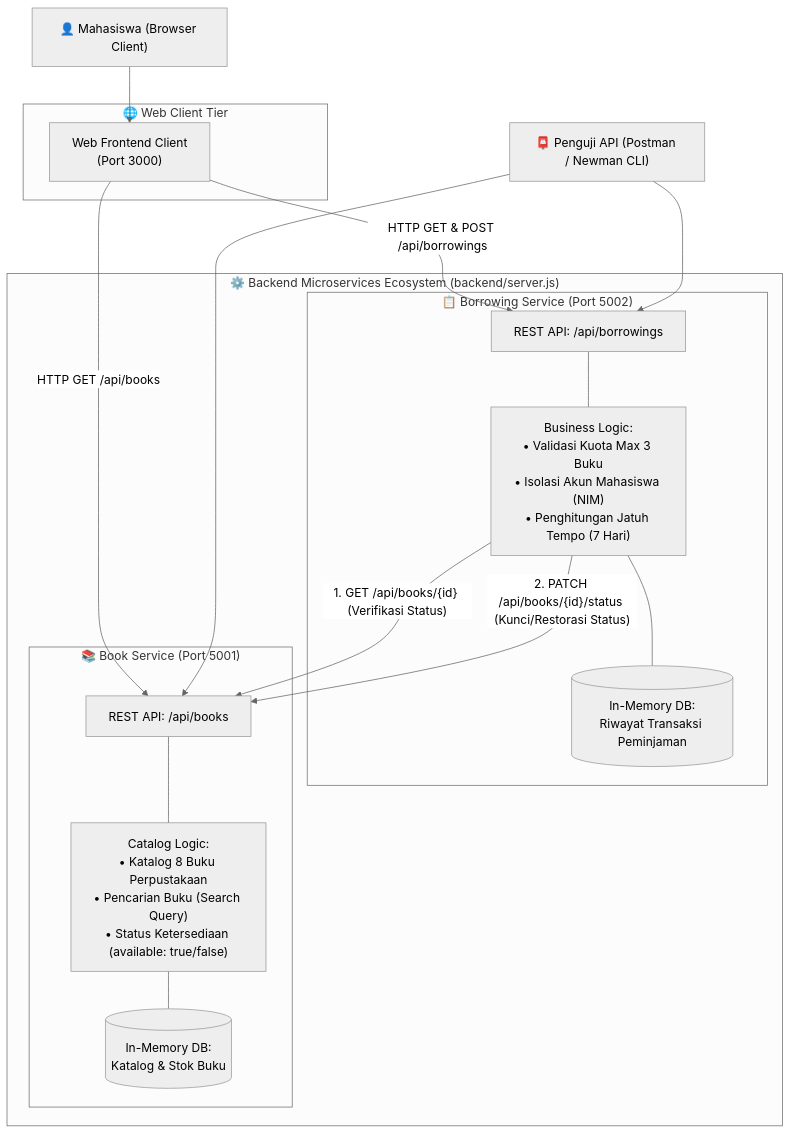
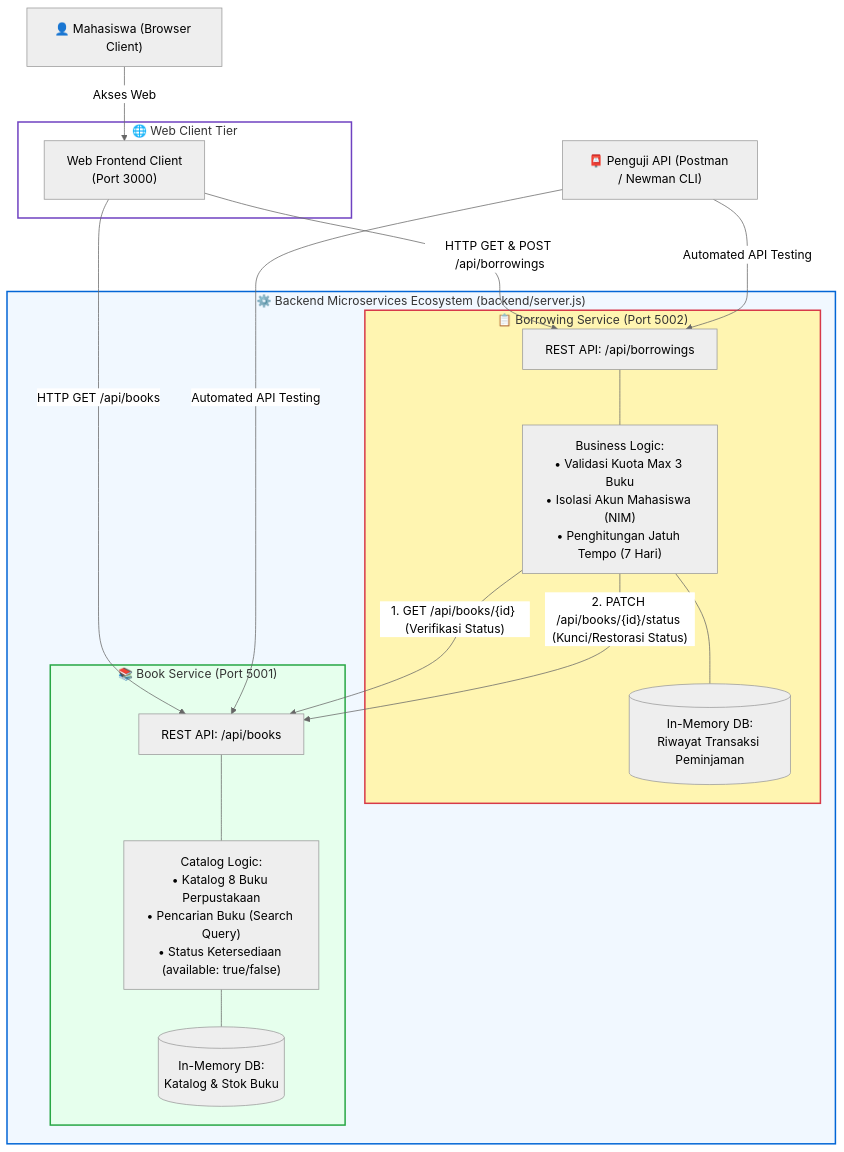
The second of 4 diagrams in ARCHITECTURE.md (BAIWAN-EPEP/VIBE-CODING-PRAK-2), drawn with Mermaid (neutral theme) before and after one commit. The commit also changed other lines of this file and 1 other file, not shown here.

Commit message:
revert: kembalikan format diagram mermaid murni dan perbaiki syntax error baris 30

````diff
--- a/ARCHITECTURE.md
+++ b/ARCHITECTURE.md
@@ -48,40 +40,46 @@
 ```mermaid
 graph TD
     User["👤 Mahasiswa (Browser Client)"]
     Tester["📮 Penguji API (Postman / Newman CLI)"]
 
     subgraph Client_Tier ["🌐 Web Client Tier"]
         ClientApp["Web Frontend Client<br/>(Port 3000)"]
     end
 
     subgraph Backend_Tier ["⚙️ Backend Microservices Ecosystem (backend/server.js)"]
         
         subgraph Borrow_SVC ["📋 Borrowing Service (Port 5002)"]
             BorrowAPI["REST API: /api/borrowings"]
             BorrowLogic["Business Logic:<br/>• Validasi Kuota Max 3 Buku<br/>• Isolasi Akun Mahasiswa (NIM)<br/>• Penghitungan Jatuh Tempo (7 Hari)"]
             BorrowDB[("In-Memory DB:<br/>Riwayat Transaksi Peminjaman")]
         end
 
         subgraph Book_SVC ["📚 Book Service (Port 5001)"]
             BookAPI["REST API: /api/books"]
             BookLogic["Catalog Logic:<br/>• Katalog 8 Buku Perpustakaan<br/>• Pencarian Buku (Search Query)<br/>• Status Ketersediaan (available: true/false)"]
             BookDB[("In-Memory DB:<br/>Katalog & Stok Buku")]
         end
     end
 
-    User --> ClientApp
+    User -->|Akses Web| ClientApp
     ClientApp -->|HTTP GET /api/books| BookAPI
     ClientApp -->|HTTP GET & POST /api/borrowings| BorrowAPI
 
-    Tester --> BookAPI
-    Tester --> BorrowAPI
+    Tester -->|Automated API Testing| BookAPI
+    Tester -->|Automated API Testing| BorrowAPI
 
+    %% Komunikasi Antar-Service
     BorrowLogic -->|"1. GET /api/books/{id} (Verifikasi Status)"| BookAPI
     BorrowLogic -->|"2. PATCH /api/books/{id}/status (Kunci/Restorasi Status)"| BookAPI
 
     BorrowAPI --- BorrowLogic
     BorrowLogic --- BorrowDB
 
     BookAPI --- BookLogic
     BookLogic --- BookDB
+
+    style Backend_Tier fill:#f1f8ff,stroke:#0366d6,stroke-width:2px;
+    style Book_SVC fill:#e6ffed,stroke:#28a745,stroke-width:2px;
+    style Borrow_SVC fill:#fff5b1,stroke:#d73a49,stroke-width:2px;
+    style Client_Tier fill:#ffffff,stroke:#6f42c1,stroke-width:2px;
 ```
````
